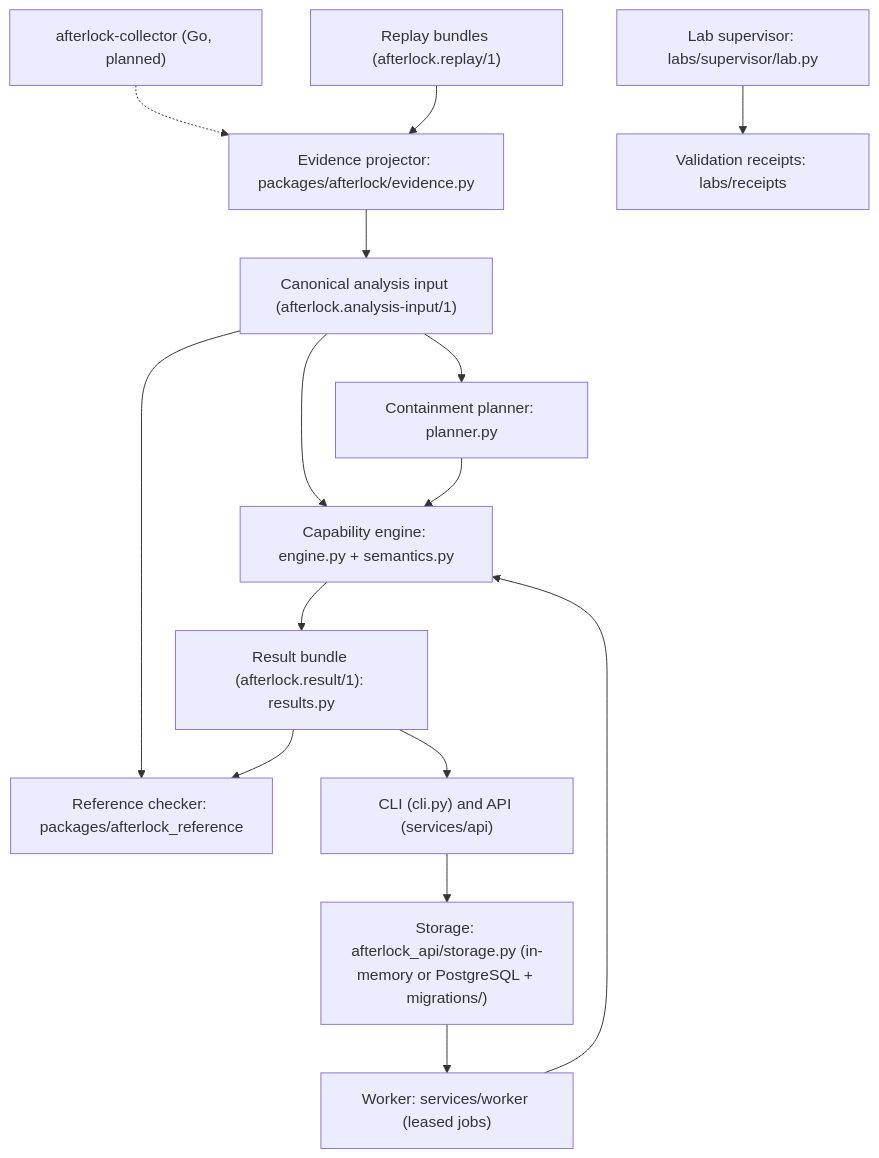
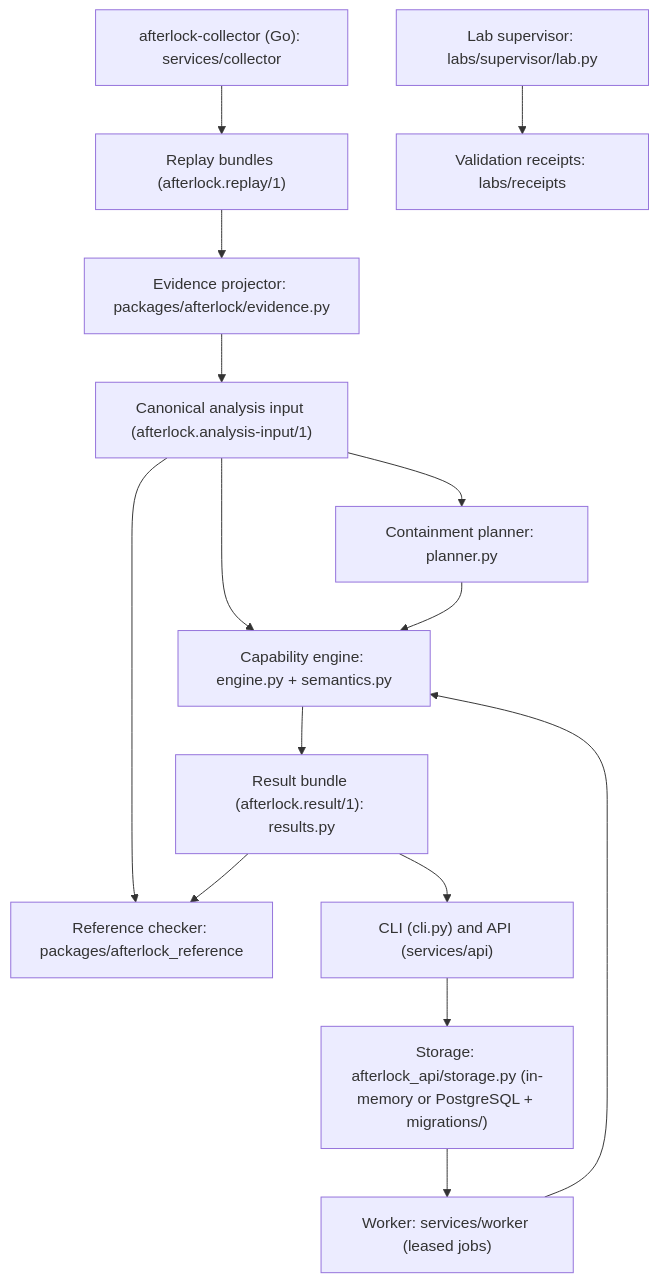
The diagram in docs/architecture/system.md (rakshit-737/afterlock), drawn with Mermaid before and after one commit. The commit also changed other lines of this file, not shown here.

Commit message:
docs(architecture): collector, frontend and lab supervisor are implemented, not planned

````diff
--- a/docs/architecture/system.md
+++ b/docs/architecture/system.md
@@ -6,17 +6,17 @@
 ```mermaid
 flowchart TD
-    A["afterlock-collector (Go, planned)"] -.-> C
+    A["afterlock-collector (Go): services/collector"] --> D
     D["Replay bundles (afterlock.replay/1)"] --> C["Evidence projector: packages/afterlock/evidence.py"]
     C --> I["Canonical analysis input (afterlock.analysis-input/1)"]
     I --> G["Capability engine: engine.py + semantics.py"]
     G --> R["Result bundle (afterlock.result/1): results.py"]
     I --> H["Containment planner: planner.py"]
     H --> G
     I --> J["Reference checker: packages/afterlock_reference"]
     R --> J
     R --> K["CLI (cli.py) and API (services/api)"]
     K --> S["Storage: afterlock_api/storage.py (in-memory or PostgreSQL + migrations/)"]
     S --> W["Worker: services/worker (leased jobs)"]
     W --> G
     L["Lab supervisor: labs/supervisor/lab.py"] --> N["Validation receipts: labs/receipts"]
 ```
````
